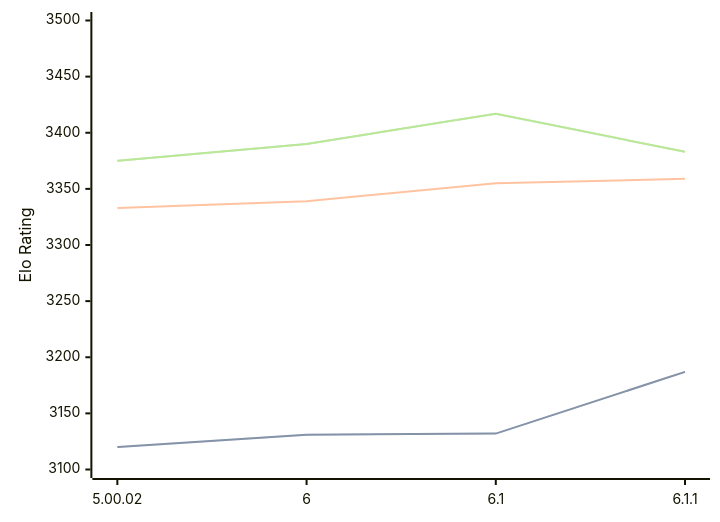
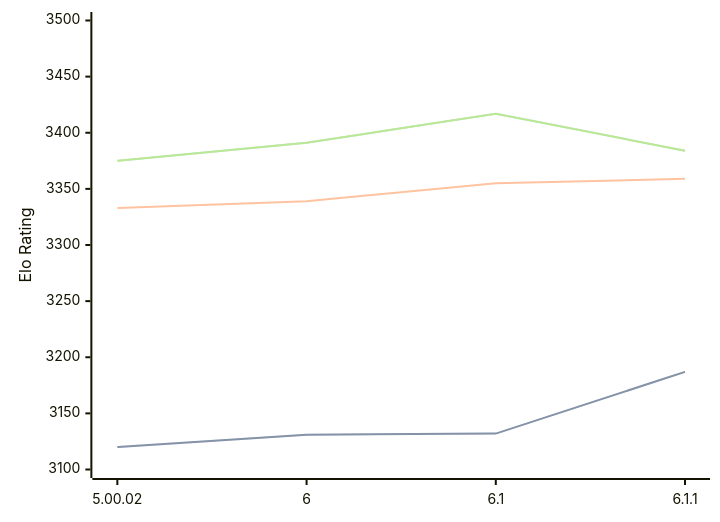
One commit to computer-chess-index/cci changed the third of 3 diagrams in engines/Zangdar.md. Above: the diagram before and after it, drawn with Mermaid. The commit also changed other lines of this file, not shown here.

Commit message:
Update CCI Ratings (ELO VLTC) - 2026-06-18

````diff
--- a/engines/Zangdar.md
+++ b/engines/Zangdar.md
@@ -79,11 +79,11 @@
 ```mermaid
 %%{init: {"theme":"base","themeVariables":{"seriesColors:['#a3a3a3','#222221','#faa371']}}}%%
 xychart-beta
   x-axis ["5.00.02", "6", "6.1", "6.1.1"]
   y-axis "Elo Rating" 3100 --> 3500
   line "STC (8.0+0.08s)" [3120, 3131, 3132, 3187]
   line "STC (8.0+0.08s)" [3120, 3131, 3132, 3187]
   line "LTC (60.0+0.60s)" [3333, 3339, 3355, 3359]
-  line "VLTC (2m24s+1.12s)" [3375, 3390, 3417, 3383]
-  line "VLTC (2m24s+1.12s)" [3375, 3390, 3417, 3383]
+  line "VLTC (2m24s+1.12s)" [3375, 3391, 3417, 3384]
+  line "VLTC (2m24s+1.12s)" [3375, 3391, 3417, 3384]
 ```
````
